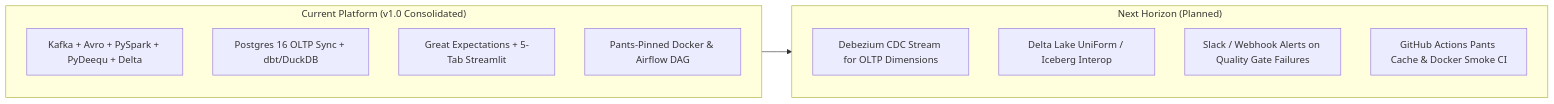
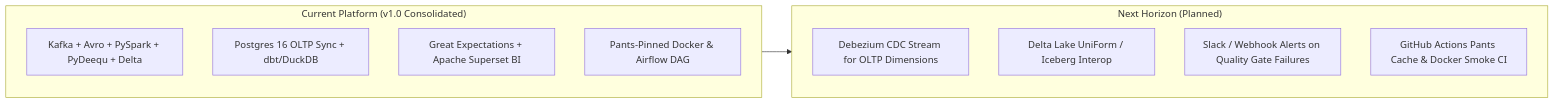
Before and after one commit to JayKay24/data-engineering: the diagram in docs/wiki/Requirements-Traceability.md, drawn with Mermaid. The commit also changed other lines of this file and 53 other files, not shown here.

Commit message:
feat(bi): replace Streamlit and Plotly with Apache Superset 6.1.0 and Dashboards-as-Code

````diff
--- a/docs/wiki/Requirements-Traceability.md
+++ b/docs/wiki/Requirements-Traceability.md
@@ -48,18 +48,18 @@
 ```mermaid
 flowchart LR
   subgraph Current ["Current Platform (v1.0 Consolidated)"]
     Stream["Kafka + Avro + PySpark + PyDeequ + Delta"]
     OLTP["Postgres 16 OLTP Sync + dbt/DuckDB"]
-    Quality["Great Expectations + 5-Tab Streamlit"]
+    Quality["Great Expectations + Apache Superset BI"]
     Docker["Pants-Pinned Docker & Airflow DAG"]
   end
 
   subgraph NextHorizon ["Next Horizon (Planned)"]
     CDC["Debezium CDC Stream for OLTP Dimensions"]
     Iceberg["Delta Lake UniForm / Iceberg Interop"]
     Alerting["Slack / Webhook Alerts on Quality Gate Failures"]
     CI["GitHub Actions Pants Cache & Docker Smoke CI"]
   end
 
   Current --> NextHorizon
 ```
````
